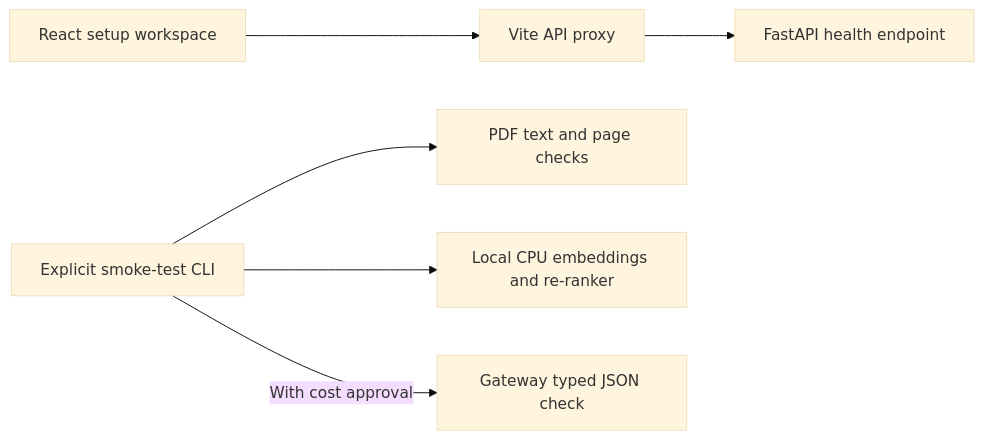
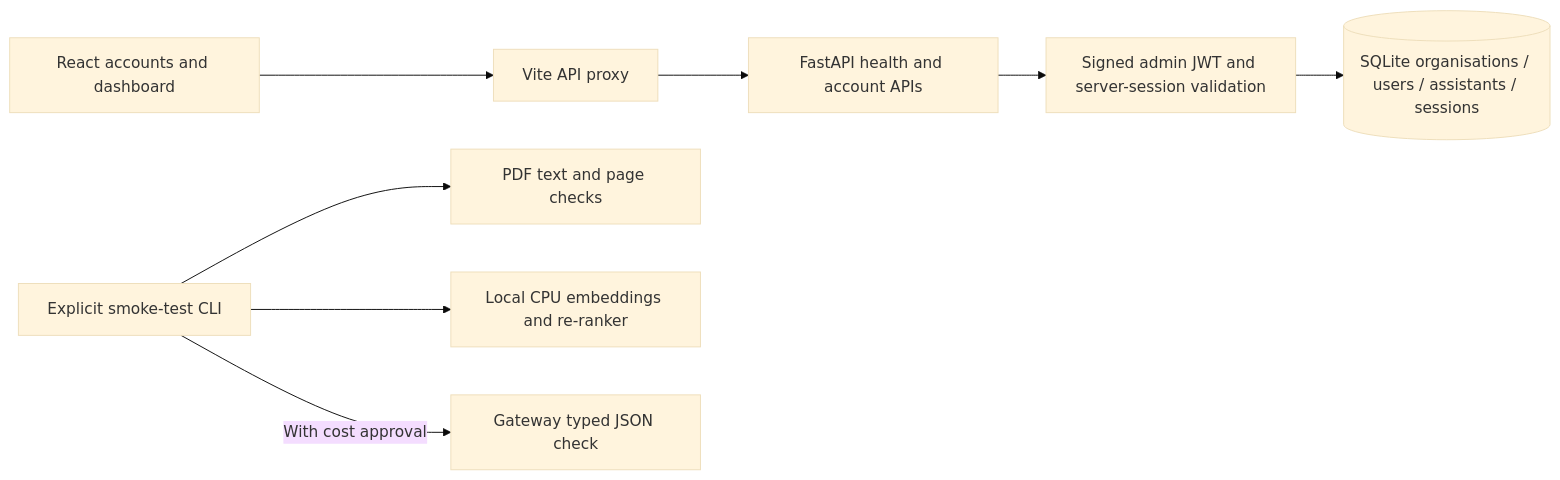
One commit to himanshu-chauhan2/RAG_pipline_agents_PanScience_Innovations- changed the diagram in README.md. Above: the diagram before and after it, drawn with Mermaid (base theme). The commit also changed other lines of this file and 40 other files, not shown here.

Commit message:
feat(auth): organisation registration, login, dashboard shell

````diff
--- a/README.md
+++ b/README.md
@@ -88,8 +98,10 @@
 ```mermaid
 flowchart LR
-    Browser[React setup workspace] --> Proxy[Vite API proxy]
-    Proxy --> Health[FastAPI health endpoint]
+    Browser[React accounts and dashboard] --> Proxy[Vite API proxy]
+    Proxy --> API[FastAPI health and account APIs]
+    API --> Auth[Signed admin JWT and server-session validation]
+    Auth --> DB[(SQLite organisations / users / assistants / sessions)]
     Smoke[Explicit smoke-test CLI] --> PDFs[PDF text and page checks]
     Smoke --> Models[Local CPU embeddings and re-ranker]
     Smoke -->|With cost approval| Gateway[Gateway typed JSON check]
 ```
````
